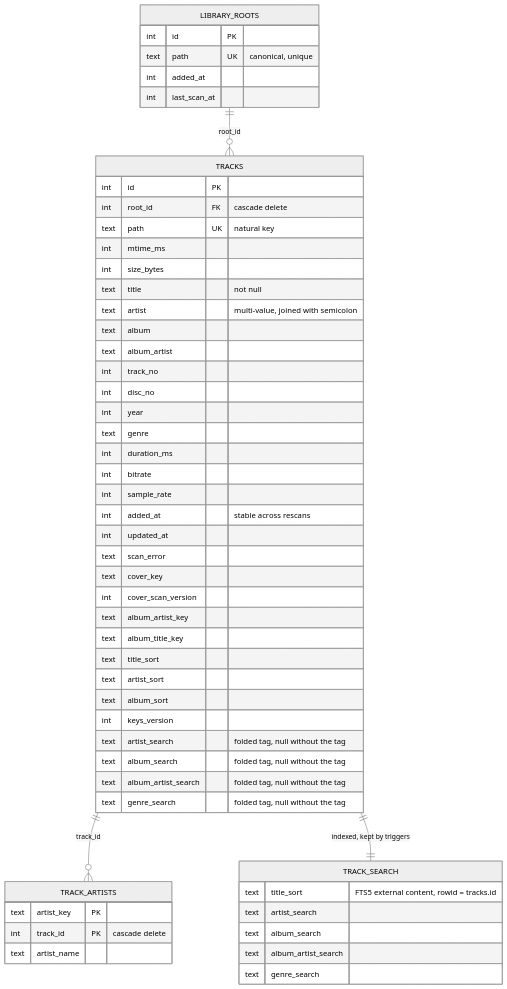
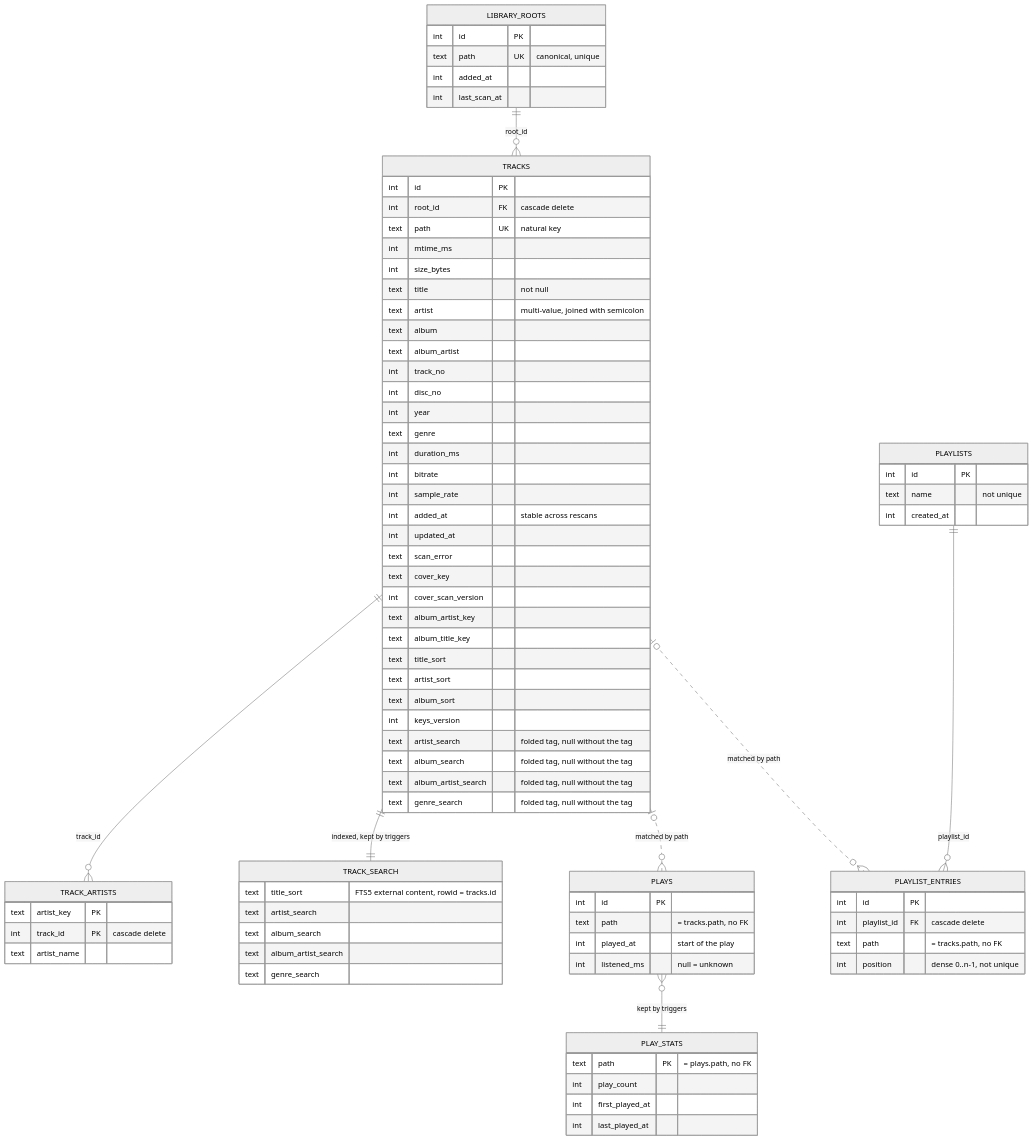
Before and after one commit to kanaru313/kanaru: the seventh of 8 diagrams in docs/system-architecture.md, drawn with Mermaid (neutral theme). The commit also changed other lines of this file, not shown here.

Commit message:
docs(database): describe the plays and playlist tables

````diff
--- a/docs/system-architecture.md
+++ b/docs/system-architecture.md
@@ -330,7 +330,34 @@
         int track_id PK "cascade delete"
         text artist_name
     }
+    PLAYS {
+        int id PK
+        text path "= tracks.path, no FK"
+        int played_at "start of the play"
+        int listened_ms "null = unknown"
+    }
+    PLAY_STATS {
+        text path PK "= plays.path, no FK"
+        int play_count
+        int first_played_at
+        int last_played_at
+    }
+    PLAYLISTS {
+        int id PK
+        text name "not unique"
+        int created_at
+    }
+    PLAYLIST_ENTRIES {
+        int id PK
+        int playlist_id FK "cascade delete"
+        text path "= tracks.path, no FK"
+        int position "dense 0..n-1, not unique"
+    }
     LIBRARY_ROOTS ||--o{ TRACKS : "root_id"
     TRACKS ||--o{ TRACK_ARTISTS : "track_id"
     TRACKS ||--|| TRACK_SEARCH : "indexed, kept by triggers"
+    TRACKS |o..o{ PLAYS : "matched by path"
+    PLAYS }o--|| PLAY_STATS : "kept by triggers"
+    PLAYLISTS ||--o{ PLAYLIST_ENTRIES : "playlist_id"
+    TRACKS |o..o{ PLAYLIST_ENTRIES : "matched by path"
 ```
````
